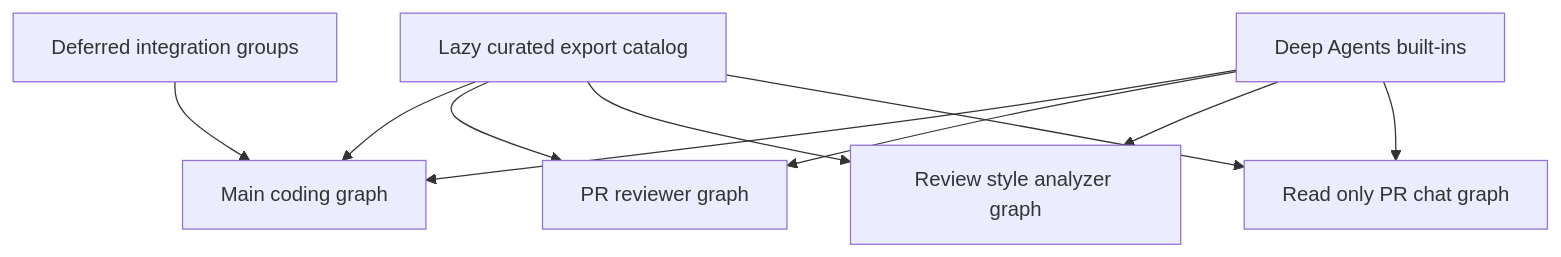
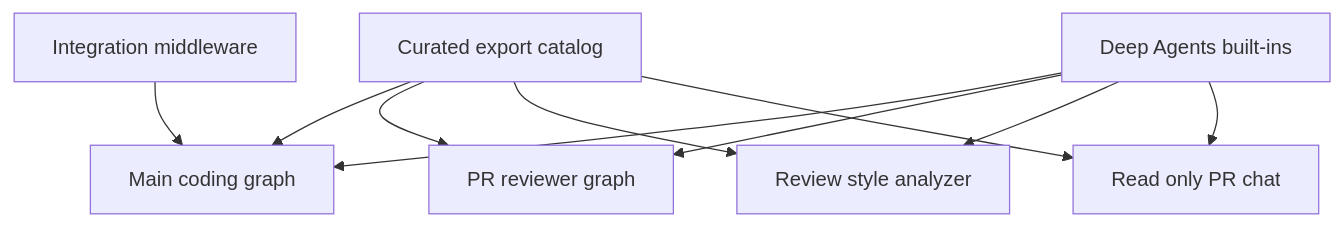
Before and after one commit to langchain-ai/open-swe: the first of 2 diagrams in openwiki/concepts/tools.md, drawn with Mermaid. The commit also changed other lines of this file and 52 other files, not shown here.

````diff
--- a/openwiki/concepts/tools.md
+++ b/openwiki/concepts/tools.md
@@ -45,20 +59,20 @@
 ```mermaid
 flowchart TD
-    Catalog["Lazy curated export catalog"]
+    Catalog["Curated export catalog"]
     Builtins["Deep Agents built-ins"]
     Main["Main coding graph"]
-    Review["PR reviewer graph"]
-    Analyze["Review style analyzer graph"]
-    Chat["Read only PR chat graph"]
-    Deferred["Deferred integration groups"]
+    Reviewer["PR reviewer graph"]
+    Analyzer["Review style analyzer"]
+    Chat["Read only PR chat"]
+    Dynamic["Integration middleware"]
 
     Catalog --> Main
-    Catalog --> Review
-    Catalog --> Analyze
+    Catalog --> Reviewer
+    Catalog --> Analyzer
     Catalog --> Chat
     Builtins --> Main
-    Builtins --> Review
-    Builtins --> Analyze
+    Builtins --> Reviewer
+    Builtins --> Analyzer
     Builtins --> Chat
-    Deferred --> Main
+    Dynamic --> Main
 ```
````
